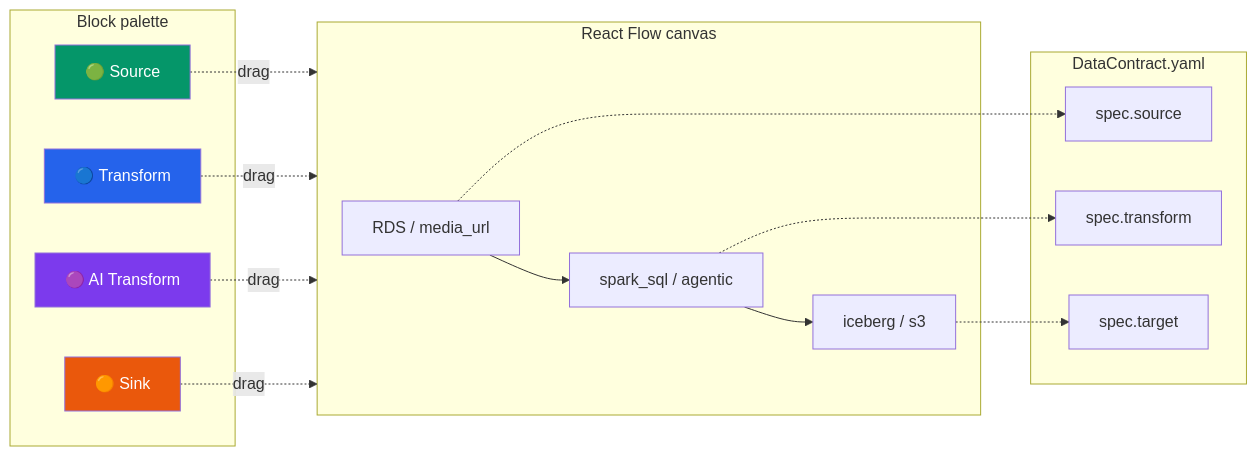
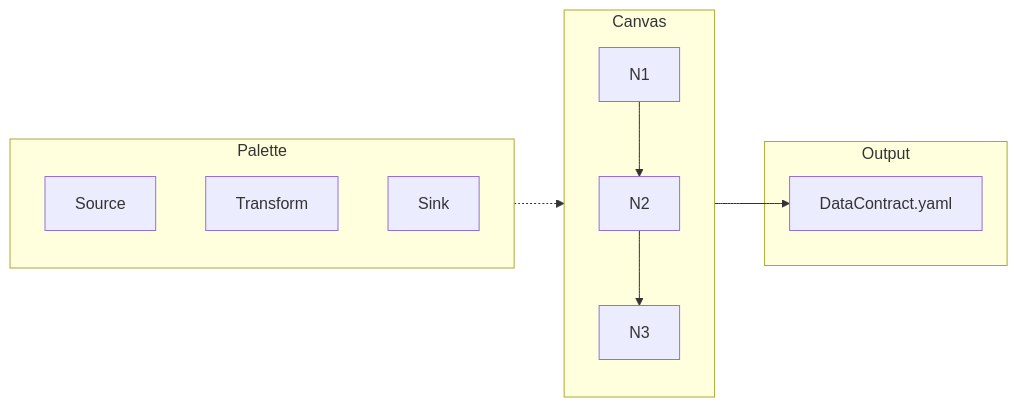
The third of 7 diagrams in README.md (vaquarkhan/CogniMesh), drawn with Mermaid before and after one commit. The commit also changed other lines of this file and 40 other files, not shown here.

````diff
--- a/README.md
+++ b/README.md
@@ -137,32 +159,15 @@
 ```mermaid
 flowchart LR
-    subgraph Palette["Block palette"]
-        S["🟢 Source"]
-        T["🔵 Transform"]
-        AI["🟣 AI Transform"]
-        K["🟠 Sink"]
+    subgraph Palette["Palette"]
+        S["Source"]
+        T["Transform"]
+        K["Sink"]
     end
-
-    subgraph Canvas["React Flow canvas"]
-        N1["RDS / media_url"]
-        N2["spark_sql / agentic"]
-        N3["iceberg / s3"]
+    subgraph Canvas["Canvas"]
         N1 --> N2 --> N3
     end
-
-    subgraph Contract["DataContract.yaml"]
-        SC["spec.source"]
-        TR["spec.transform"]
-        TG["spec.target"]
+    subgraph Out["Output"]
+        DC["DataContract.yaml"]
     end
-
-  S & T & AI & K -.->|drag| Canvas
-    N1 -.-> SC
-    N2 -.-> TR
-    N3 -.-> TG
-
-    style S fill:#059669,color:#fff
-    style T fill:#2563eb,color:#fff
-    style AI fill:#7c3aed,color:#fff
-    style K fill:#ea580c,color:#fff
+    Palette -.-> Canvas --> DC
 ```
````
